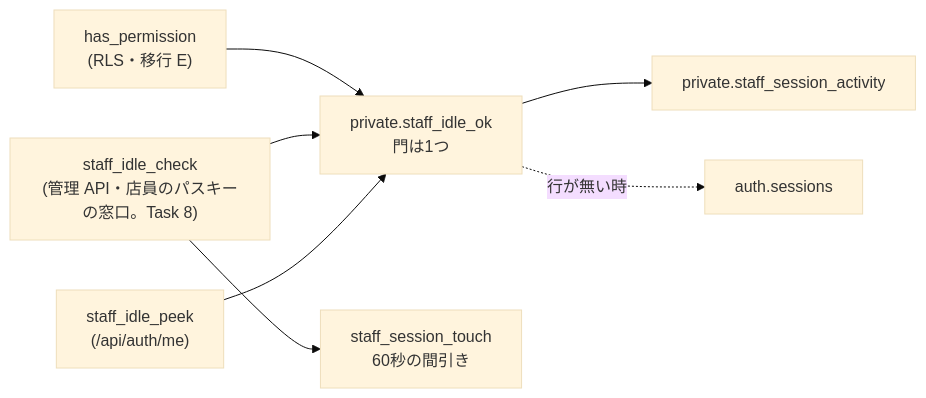
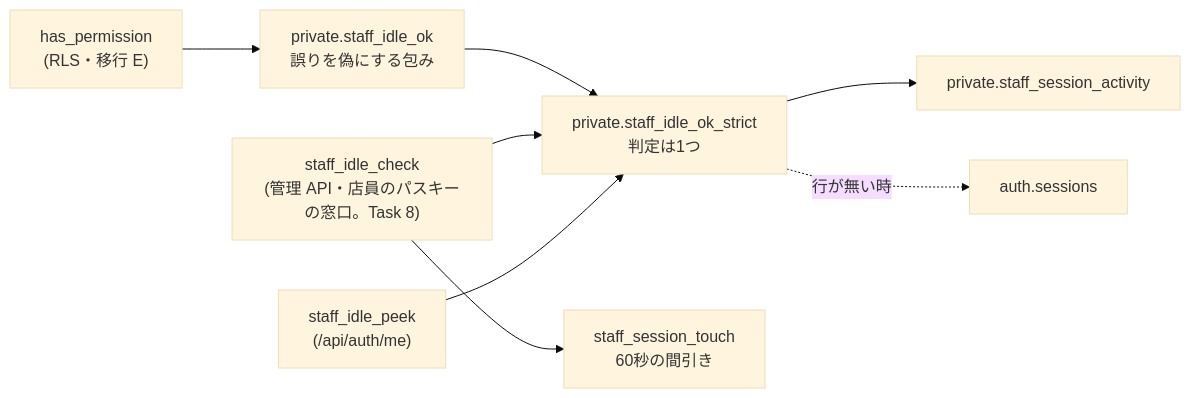
Diagram 21 of 21 in docs/03_BasicDesign/areas/auth.md (ChocoWork/o_official), drawn with Mermaid (base theme) before and after one commit. The commit also changed other lines of this file and 4 other files, not shown here.

````diff
--- a/docs/03_BasicDesign/areas/auth.md
+++ b/docs/03_BasicDesign/areas/auth.md
@@ -2262,9 +2262,9 @@
 ```mermaid
 flowchart LR
-  H["has_permission<br/>(RLS・移行 E)"] --> O["private.staff_idle_ok<br/>門は1つ"]
+  H["has_permission<br/>(RLS・移行 E)"] --> W["private.staff_idle_ok<br/>誤りを偽にする包み"] --> O["private.staff_idle_ok_strict<br/>判定は1つ"]
   C["staff_idle_check<br/>(管理 API・店員のパスキーの窓口。Task 8)"] --> O
   P["staff_idle_peek<br/>(/api/auth/me)"] --> O
   C --> T["staff_session_touch<br/>60秒の間引き"]
   O --> A["private.staff_session_activity"]
   O -.行が無い時.-> S["auth.sessions"]
 ```
````
